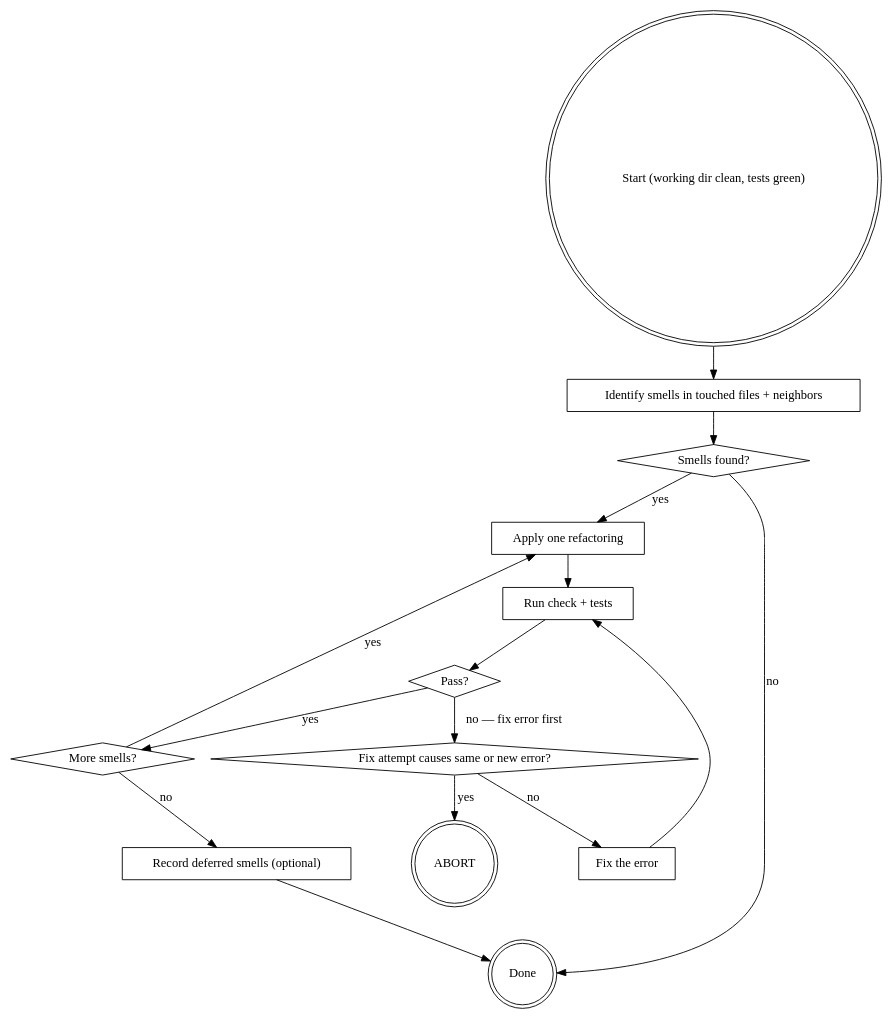
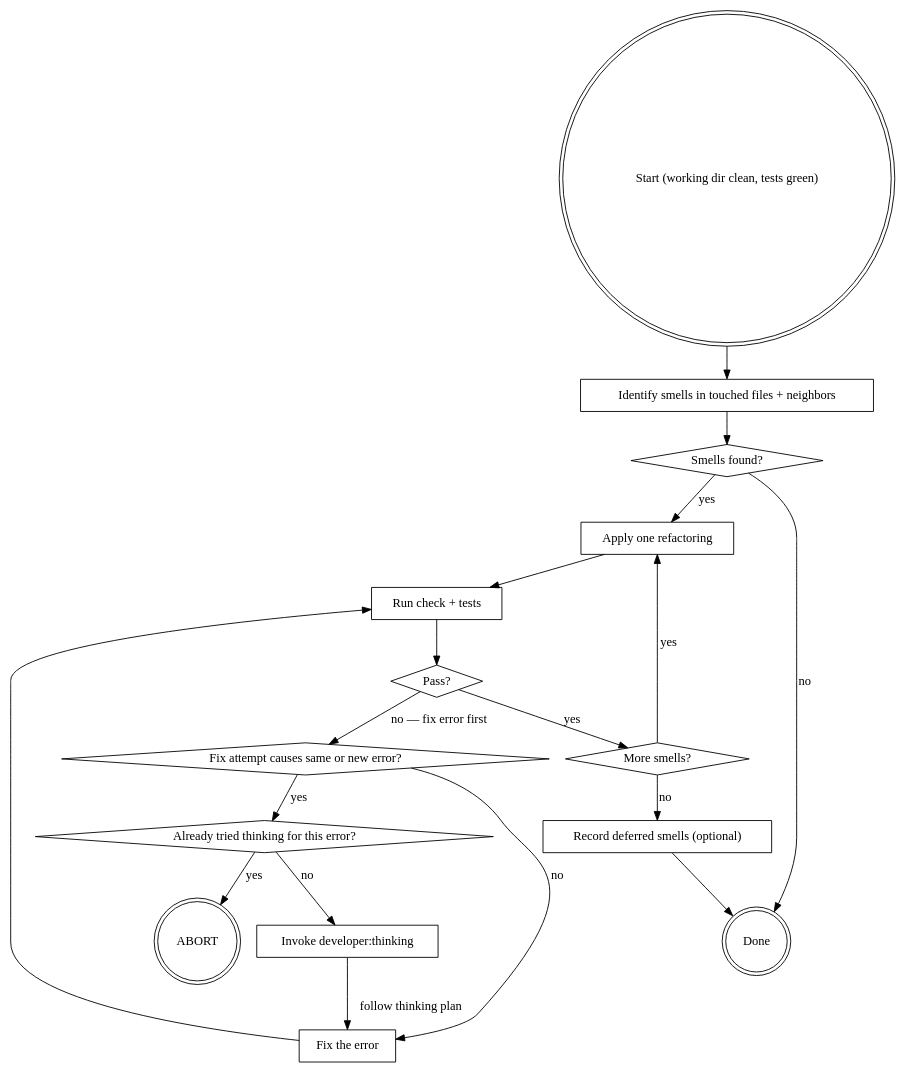
Before and after one commit to DavidSouther/domain-driven-design: the diagram in developer/skills/refactor/SKILL.md, drawn with Graphviz. The commit also changed other lines of this file and 8 other files, not shown here.

````diff
--- a/developer/skills/refactor/SKILL.md
+++ b/developer/skills/refactor/SKILL.md
@@ -40,31 +72,36 @@
 ```dot
 digraph refactor {
     "Start (working dir clean, tests green)" [shape=doublecircle];
     "Identify smells in touched files + neighbors" [shape=box];
     "Smells found?" [shape=diamond];
     "Apply one refactoring" [shape=box];
     "Run check + tests" [shape=box];
     "Pass?" [shape=diamond];
     "Fix attempt causes same or new error?" [shape=diamond];
+    "Already tried thinking for this error?" [shape=diamond];
+    "Invoke developer:thinking" [shape=box];
     "ABORT" [shape=doublecircle];
     "Fix the error" [shape=box];
     "More smells?" [shape=diamond];
     "Record deferred smells (optional)" [shape=box];
     "Done" [shape=doublecircle];
 
     "Start (working dir clean, tests green)" -> "Identify smells in touched files + neighbors";
     "Identify smells in touched files + neighbors" -> "Smells found?";
     "Smells found?" -> "Apply one refactoring" [label="yes"];
     "Smells found?" -> "Done" [label="no"];
     "Apply one refactoring" -> "Run check + tests";
     "Run check + tests" -> "Pass?";
     "Pass?" -> "More smells?" [label="yes"];
     "Pass?" -> "Fix attempt causes same or new error?" [label="no — fix error first"];
-    "Fix attempt causes same or new error?" -> "ABORT" [label="yes"];
+    "Fix attempt causes same or new error?" -> "Already tried thinking for this error?" [label="yes"];
     "Fix attempt causes same or new error?" -> "Fix the error" [label="no"];
+    "Already tried thinking for this error?" -> "ABORT" [label="yes"];
+    "Already tried thinking for this error?" -> "Invoke developer:thinking" [label="no"];
+    "Invoke developer:thinking" -> "Fix the error" [label="follow thinking plan"];
     "Fix the error" -> "Run check + tests";
     "More smells?" -> "Apply one refactoring" [label="yes"];
     "More smells?" -> "Record deferred smells (optional)" [label="no"];
     "Record deferred smells (optional)" -> "Done";
 }
 ```
````
